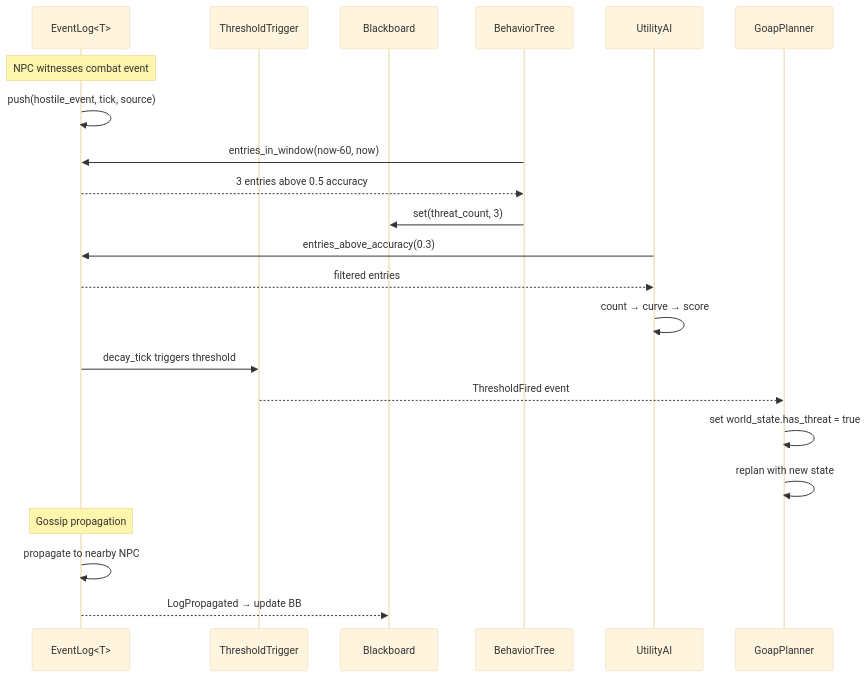
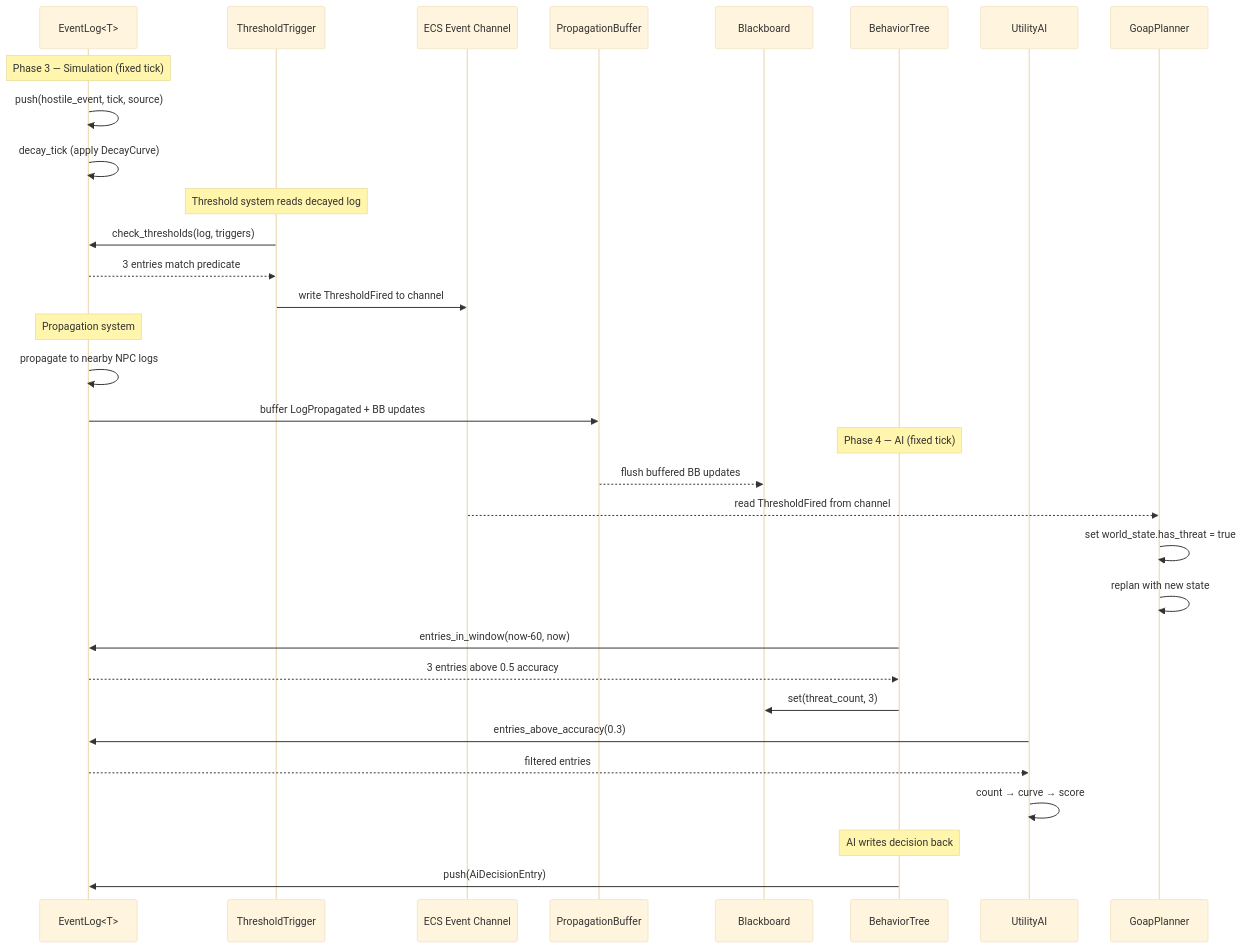
The diagram in docs/design/integration/ai-event-logs.md (harmonius-dev/harmonius), drawn with Mermaid (base theme) before and after one commit. The commit also changed other lines of this file and 57 other files, not shown here.

````diff
--- a/docs/design/integration/ai-event-logs.md
+++ b/docs/design/integration/ai-event-logs.md
@@ -74,29 +187,41 @@
 ```mermaid
 sequenceDiagram
     participant EL as EventLog<T>
     participant TH as ThresholdTrigger
+    participant EC as ECS Event Channel
+    participant PB as PropagationBuffer
     participant BB as Blackboard
     participant BT as BehaviorTree
     participant UA as UtilityAI
     participant GP as GoapPlanner
 
-    Note over EL: NPC witnesses combat event
+    Note over EL: Phase 3 — Simulation (fixed tick)
     EL->>EL: push(hostile_event, tick, source)
+    EL->>EL: decay_tick (apply DecayCurve)
+
+    Note over TH: Threshold system reads decayed log
+    TH->>EL: check_thresholds(log, triggers)
+    EL-->>TH: 3 entries match predicate
+    TH->>EC: write ThresholdFired to channel
+
+    Note over EL: Propagation system
+    EL->>EL: propagate to nearby NPC logs
+    EL->>PB: buffer LogPropagated + BB updates
+
+    Note over BT: Phase 4 — AI (fixed tick)
+    PB-->>BB: flush buffered BB updates
+    EC-->>GP: read ThresholdFired from channel
+    GP->>GP: set world_state.has_threat = true
+    GP->>GP: replan with new state
 
     BT->>EL: entries_in_window(now-60, now)
     EL-->>BT: 3 entries above 0.5 accuracy
     BT->>BB: set(threat_count, 3)
 
     UA->>EL: entries_above_accuracy(0.3)
     EL-->>UA: filtered entries
     UA->>UA: count → curve → score
 
-    EL->>TH: decay_tick triggers threshold
-    TH-->>GP: ThresholdFired event
-    GP->>GP: set world_state.has_threat = true
-    GP->>GP: replan with new state
-
-    Note over EL: Gossip propagation
-    EL->>EL: propagate to nearby NPC
-    EL-->>BB: LogPropagated → update BB
+    Note over BT: AI writes decision back
+    BT->>EL: push(AiDecisionEntry)
 ```
````
